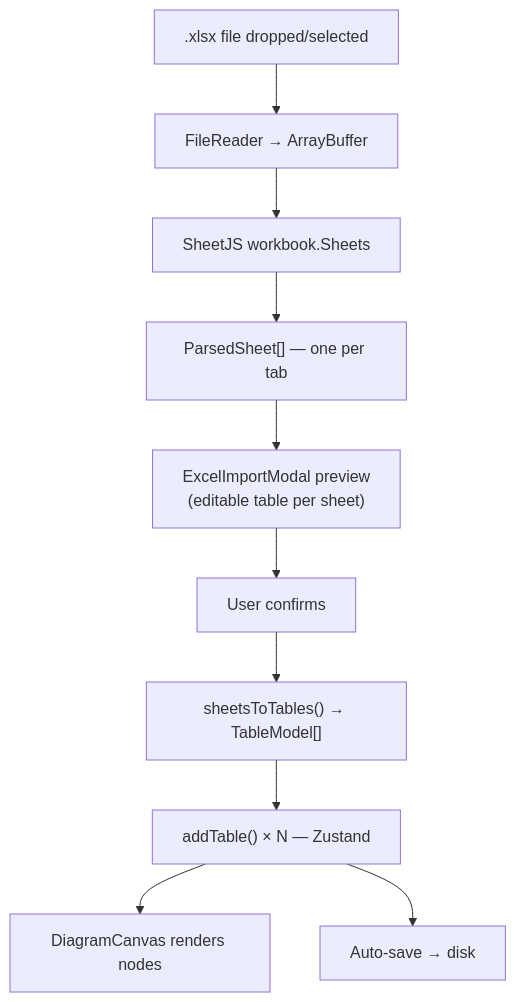
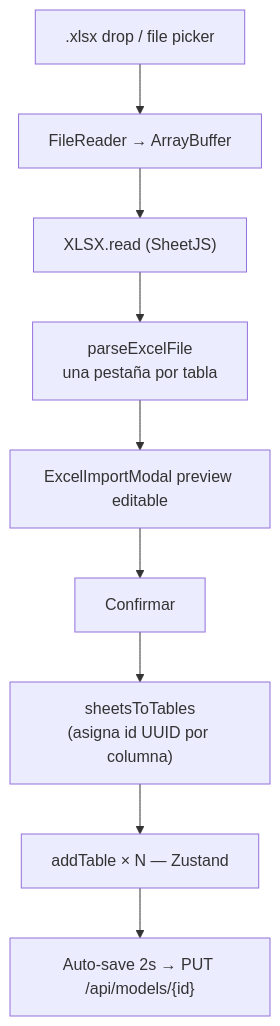
The third of 13 diagrams in doc/data-flow.md (Carlosmps97/web-data-model-hub), drawn with Mermaid before and after one commit. The commit also changed other lines of this file and 5 other files, not shown here.

````diff
--- a/doc/data-flow.md
+++ b/doc/data-flow.md
@@ -32,12 +77,11 @@
 ```mermaid
 flowchart TD
-    A[".xlsx file dropped/selected"] --> B["FileReader → ArrayBuffer"]
-    B --> C["SheetJS workbook.Sheets"]
-    C --> D["ParsedSheet[] — one per tab"]
-    D --> E["ExcelImportModal preview\n(editable table per sheet)"]
-    E --> F["User confirms"]
-    F --> G["sheetsToTables() → TableModel[]"]
-    G --> H["addTable() × N — Zustand"]
-    H --> I["DiagramCanvas renders nodes"]
-    H --> J["Auto-save → disk"]
+    A[".xlsx drop / file picker"] --> B["FileReader → ArrayBuffer"]
+    B --> C["XLSX.read (SheetJS)"]
+    C --> D["parseExcelFile<br/>una pestaña por tabla"]
+    D --> E["ExcelImportModal preview editable"]
+    E --> F["Confirmar"]
+    F --> G["sheetsToTables<br/>(asigna id UUID por columna)"]
+    G --> H["addTable × N — Zustand"]
+    H --> I["Auto-save 2s → PUT /api/models/{id}"]
 ```
````
